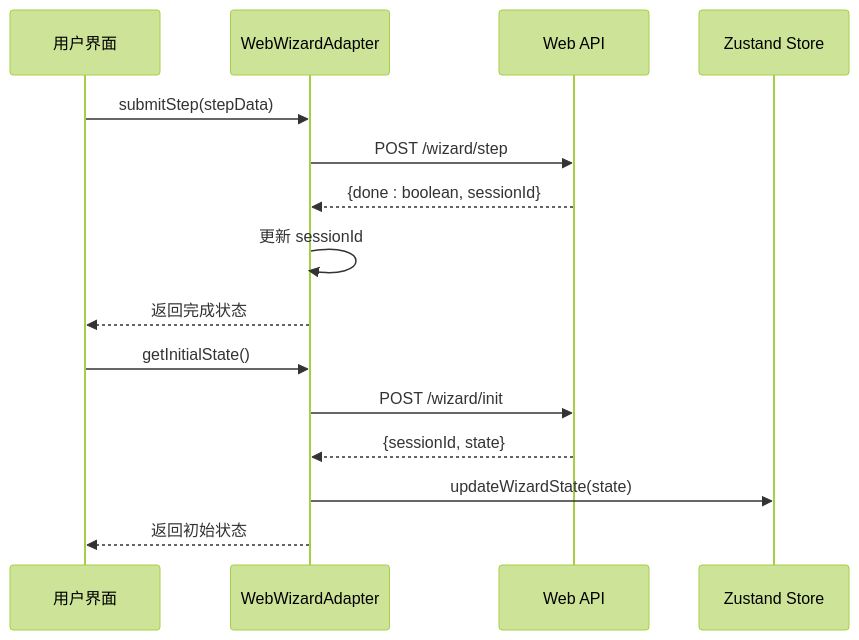
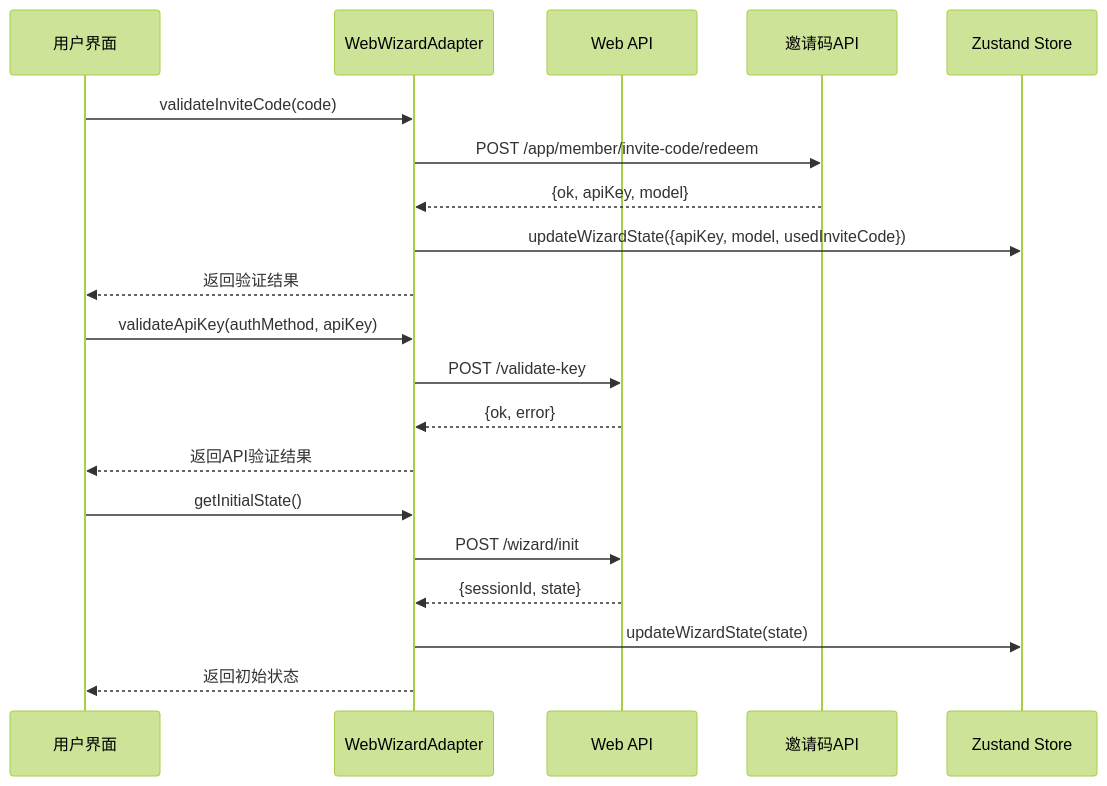
One commit to verse-ai-org/openclaw changed the fourth of 9 diagrams in .qoder/repowiki/zh/content/设置向导适配器.md. Above: the diagram before and after it, drawn with Mermaid (forest theme). The commit also changed other lines of this file and 24 other files, not shown here.

````diff
--- a/.qoder/repowiki/zh/content/设置向导适配器.md
+++ b/.qoder/repowiki/zh/content/设置向导适配器.md
@@ -199,17 +223,22 @@
 ```mermaid
 sequenceDiagram
 participant UI as 用户界面
 participant Adapter as WebWizardAdapter
 participant API as Web API
+participant InviteAPI as 邀请码API
 participant Store as Zustand Store
-UI->>Adapter : submitStep(stepData)
-Adapter->>API : POST /wizard/step
-API-->>Adapter : {done : boolean, sessionId}
-Adapter->>Adapter : 更新 sessionId
-Adapter-->>UI : 返回完成状态
+UI->>Adapter : validateInviteCode(code)
+Adapter->>InviteAPI : POST /app/member/invite-code/redeem
+InviteAPI-->>Adapter : {ok, apiKey, model}
+Adapter->>Store : updateWizardState({apiKey, model, usedInviteCode})
+Adapter-->>UI : 返回验证结果
+UI->>Adapter : validateApiKey(authMethod, apiKey)
+Adapter->>API : POST /validate-key
+API-->>Adapter : {ok, error}
+Adapter-->>UI : 返回API验证结果
 UI->>Adapter : getInitialState()
 Adapter->>API : POST /wizard/init
 API-->>Adapter : {sessionId, state}
 Adapter->>Store : updateWizardState(state)
 Adapter-->>UI : 返回初始状态
 ```
````
